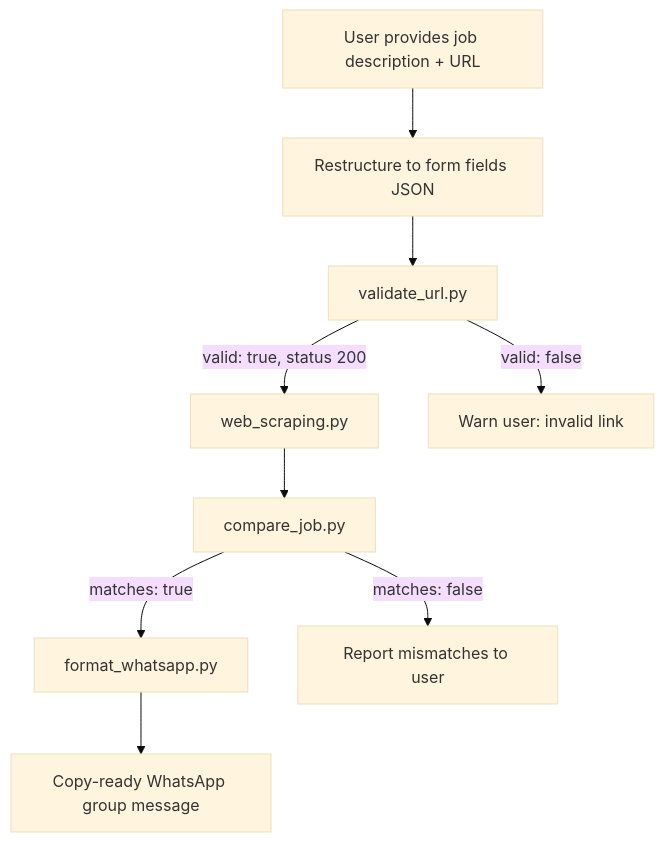
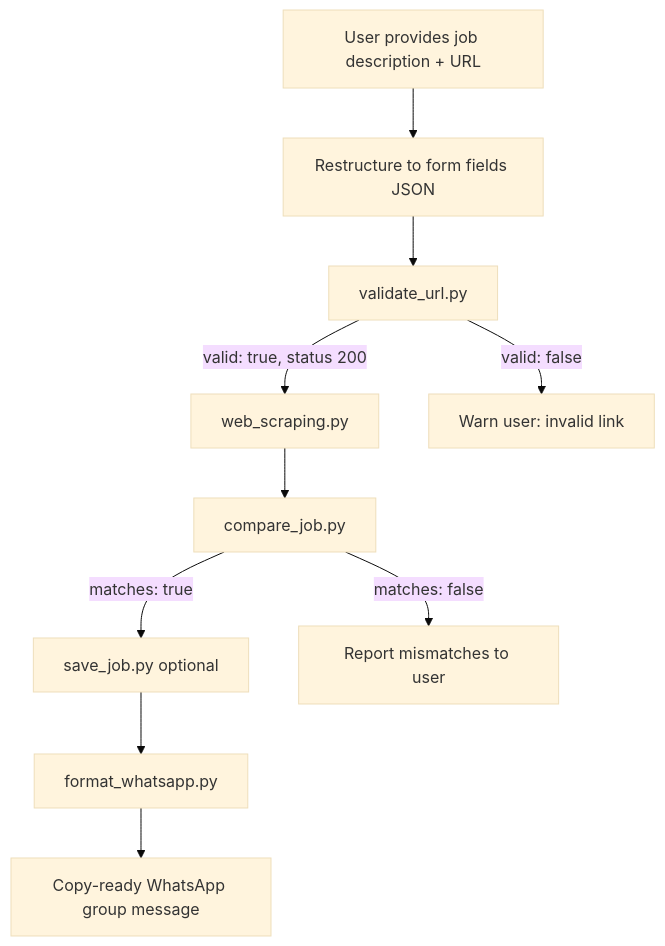
One commit to msambenny/job_validation_skill changed the diagram in job-alert-validation/references/README.md. Above: the diagram before and after it, drawn with Mermaid (base theme). The commit also changed other lines of this file and 25 other files, not shown here.

First line of the commit message:
Phase 1: validate_job orchestrator and save_job (#2)

````diff
--- a/job-alert-validation/references/README.md
+++ b/job-alert-validation/references/README.md
@@ -3,11 +3,12 @@
 ```mermaid
 flowchart TD
     A[User provides job description + URL] --> B[Restructure to form fields JSON]
     B --> C[validate_url.py]
     C -->|valid: true, status 200| D[web_scraping.py]
     C -->|valid: false| E[Warn user: invalid link]
     D --> F[compare_job.py]
-    F -->|matches: true| G[format_whatsapp.py]
-    F -->|matches: false| H[Report mismatches to user]
-    G --> I[Copy-ready WhatsApp group message]
+    F -->|matches: true| G[save_job.py optional]
+    G --> H[format_whatsapp.py]
+    F -->|matches: false| J[Report mismatches to user]
+    H --> I[Copy-ready WhatsApp group message]
 ```
````
